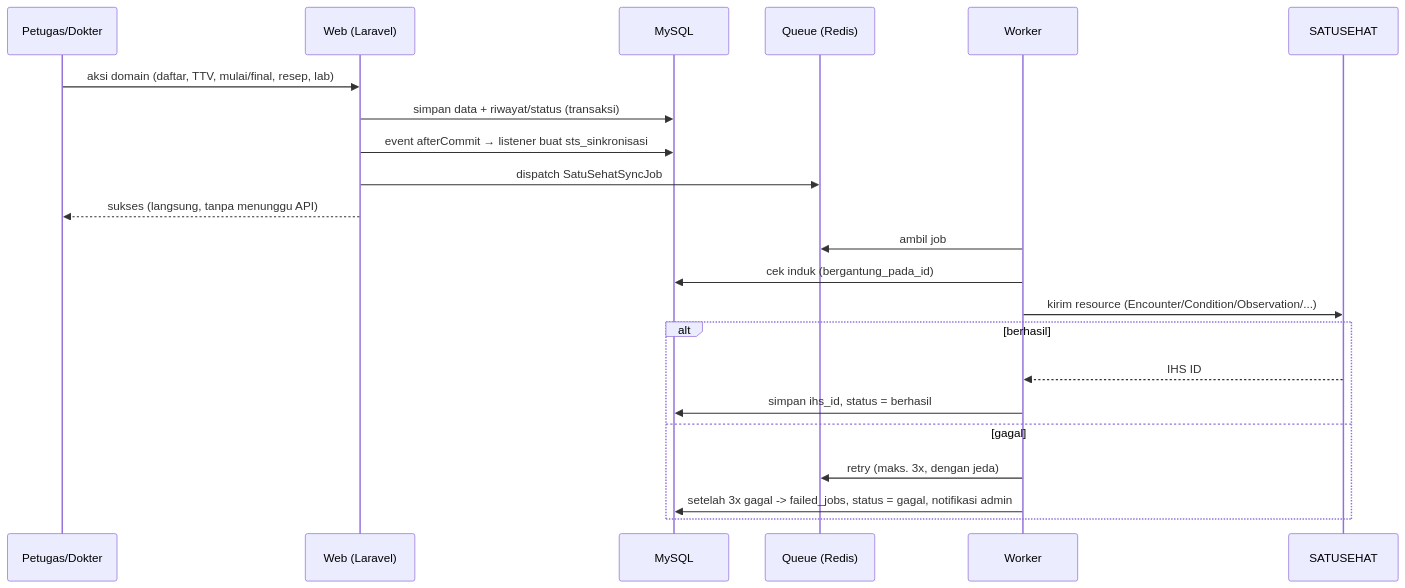
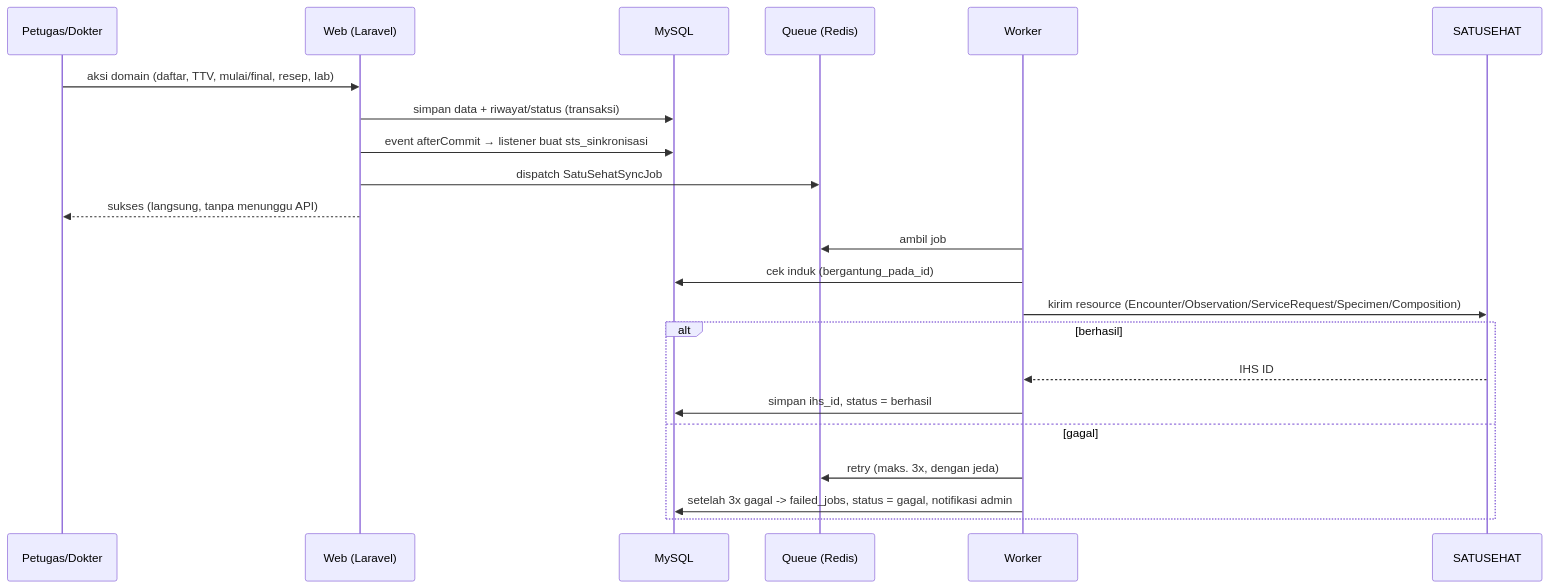
The fourth of 4 diagrams in docs/architecture.md (NiceCode9/klinik-avicena), drawn with Mermaid before and after one commit. The commit also changed 9 other files, not shown here.

Commit message:
docs: batasi cakupan SATUSEHAT ke Encounter, Observation, Composition, ServiceRequest, Specimen (D33)

````diff
--- a/docs/architecture.md
+++ b/docs/architecture.md
@@ -118,24 +118,24 @@
 ```mermaid
 sequenceDiagram
   participant U as Petugas/Dokter
   participant W as Web (Laravel)
   participant DB as MySQL
   participant Q as Queue (Redis)
   participant K as Worker
   participant S as SATUSEHAT
   U->>W: aksi domain (daftar, TTV, mulai/final, resep, lab)
   W->>DB: simpan data + riwayat/status (transaksi)
   W->>DB: event afterCommit → listener buat sts_sinkronisasi
   W->>Q: dispatch SatuSehatSyncJob
   W-->>U: sukses (langsung, tanpa menunggu API)
   K->>Q: ambil job
   K->>DB: cek induk (bergantung_pada_id)
-  K->>S: kirim resource (Encounter/Condition/Observation/...)
+  K->>S: kirim resource (Encounter/Observation/ServiceRequest/Specimen/Composition)
   alt berhasil
     S-->>K: IHS ID
     K->>DB: simpan ihs_id, status = berhasil
   else gagal
     K->>Q: retry (maks. 3x, dengan jeda)
     K->>DB: setelah 3x gagal -> failed_jobs, status = gagal, notifikasi admin
   end
 ```
````
